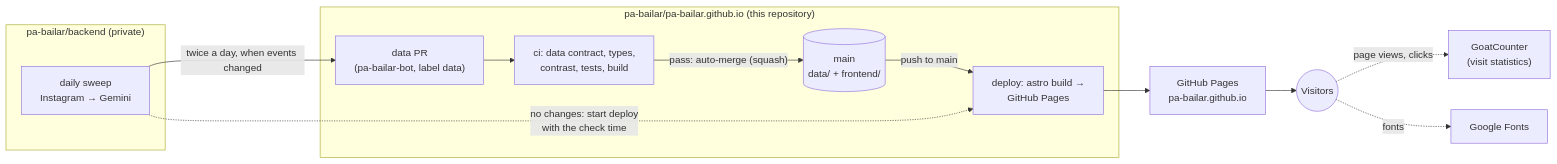
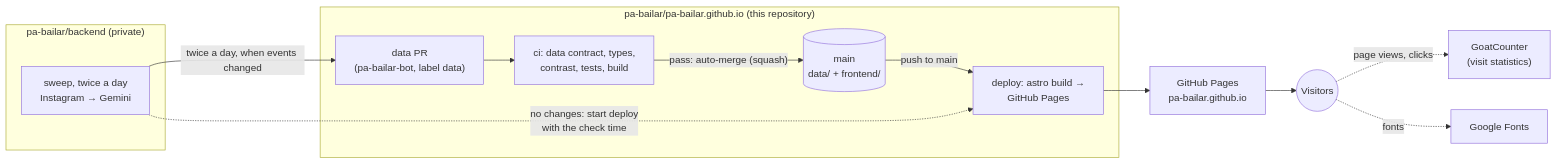
One commit to pa-bailar/pa-bailar.github.io changed the first of 7 diagrams in docs/ARCHITECTURE.md. Above: the diagram before and after it, drawn with Mermaid. The commit also changed other lines of this file and 15 other files, not shown here.

````diff
--- a/docs/ARCHITECTURE.md
+++ b/docs/ARCHITECTURE.md
@@ -38,25 +38,25 @@
 ```mermaid
 flowchart LR
     subgraph Backend["pa-bailar/backend (private)"]
-        SW["daily sweep<br/>Instagram → Gemini"]
+        SW["sweep, twice a day<br/>Instagram → Gemini"]
     end
 
     subgraph Repo["pa-bailar/pa-bailar.github.io (this repository)"]
         PR["data PR<br/>(pa-bailar-bot, label data)"]
         CI["ci: data contract, types,<br/>contrast, tests, build"]
         MAIN[("main<br/>data/ + frontend/")]
         DEP["deploy: astro build →<br/>GitHub Pages"]
     end
 
     PAGES["GitHub Pages<br/>pa-bailar.github.io"]
     VIS(("Visitors"))
     GC["GoatCounter<br/>(visit statistics)"]
     GF["Google Fonts"]
 
     SW -- "twice a day, when events changed" --> PR
     PR --> CI -- "pass: auto-merge (squash)" --> MAIN
     MAIN -- "push to main" --> DEP --> PAGES --> VIS
     SW -. "no changes: start deploy<br/>with the check time" .-> DEP
     VIS -. "page views, clicks" .-> GC
     VIS -. "fonts" .-> GF
 ```
````
